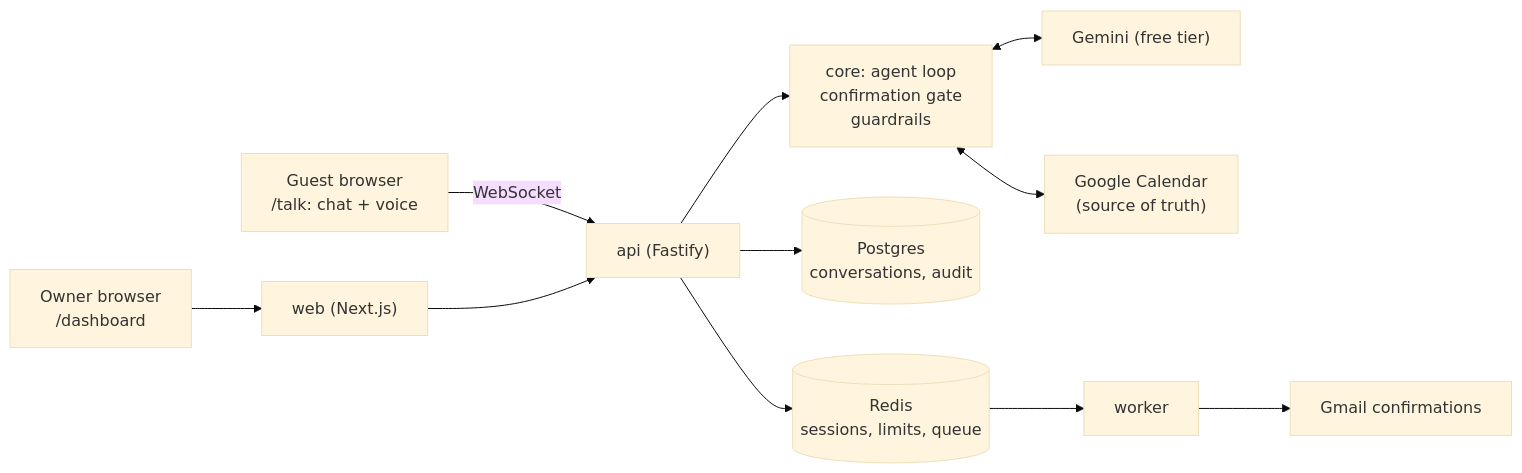
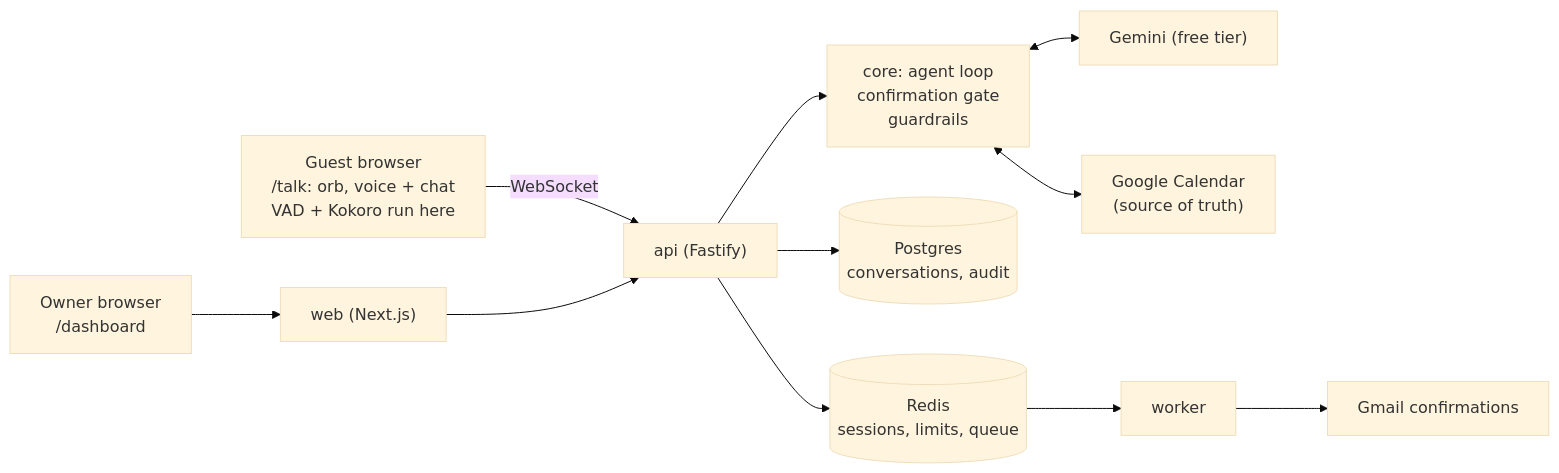
The diagram in README.md (rishabhsrinivasan657-design/frontdesk), drawn with Mermaid (base theme) before and after one commit. The commit also changed other lines of this file and 11 other files, not shown here.

````diff
--- a/README.md
+++ b/README.md
@@ -72,11 +76,11 @@
 ```mermaid
 flowchart LR
-  G["Guest browser<br/>/talk: chat + voice"] -- WebSocket --> API["api (Fastify)"]
+  G["Guest browser<br/>/talk: orb, voice + chat<br/>VAD + Kokoro run here"] -- WebSocket --> API["api (Fastify)"]
   O["Owner browser<br/>/dashboard"] --> WEB["web (Next.js)"] --> API
   API --> CORE["core: agent loop<br/>confirmation gate<br/>guardrails"]
   CORE <--> LLM["Gemini (free tier)"]
   CORE <--> CAL["Google Calendar<br/>(source of truth)"]
   API --> PG[("Postgres<br/>conversations, audit")]
   API --> R[("Redis<br/>sessions, limits, queue")]
   R --> W["worker"] --> GM["Gmail confirmations"]
 ```
````
